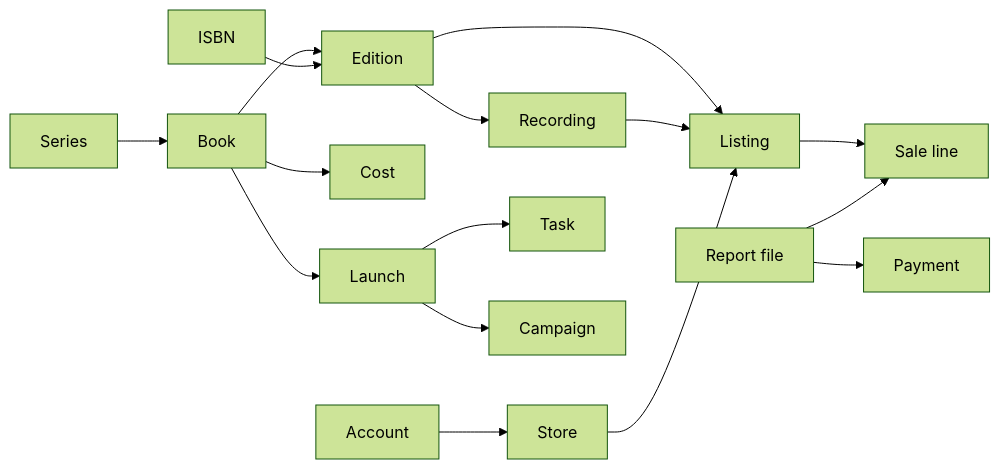
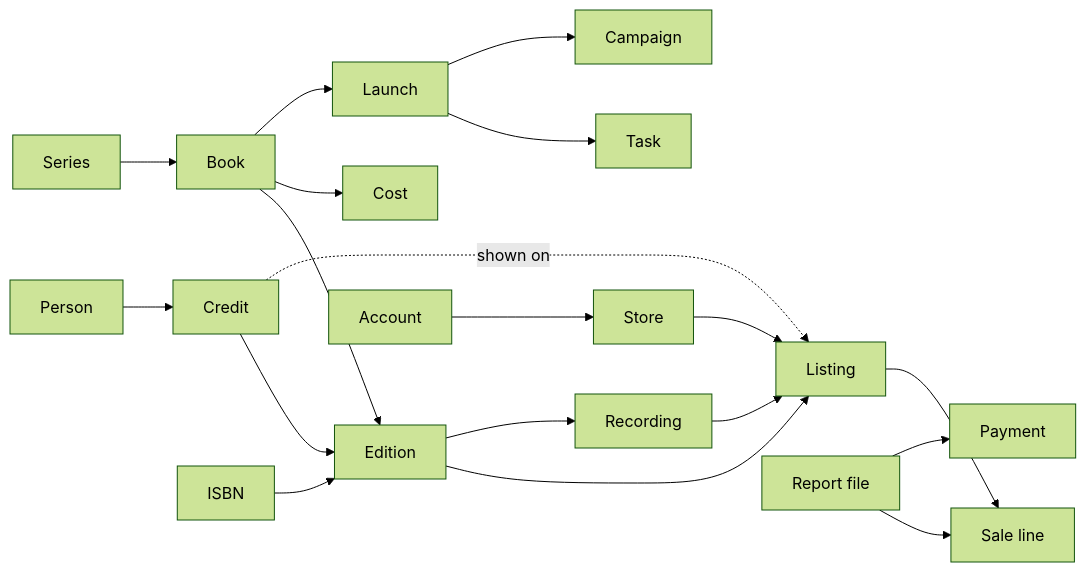
One commit to neogentrics/rt-author-desk changed the diagram in docs/design/data-model.md. Above: the diagram before and after it, drawn with Mermaid (forest theme). The commit also changed other lines of this file and 132 other files, not shown here.

````diff
--- a/docs/design/data-model.md
+++ b/docs/design/data-model.md
@@ -14,18 +14,21 @@
 ```mermaid
 flowchart LR
   Series --> Book
   Book --> Edition
   Edition --> Listing
   Edition --> Recording
+  Person --> Credit
+  Credit --> Edition
+  Credit -.shown on.-> Listing
   Recording --> Listing
   ISBN --> Edition
   Store --> Listing
   Listing --> Sale[Sale line]
   Report[Report file] --> Sale
   Report --> Payment
   Book --> Cost
   Book --> Launch
   Launch --> Task
   Launch --> Campaign
   Account --> Store
 ```
````
